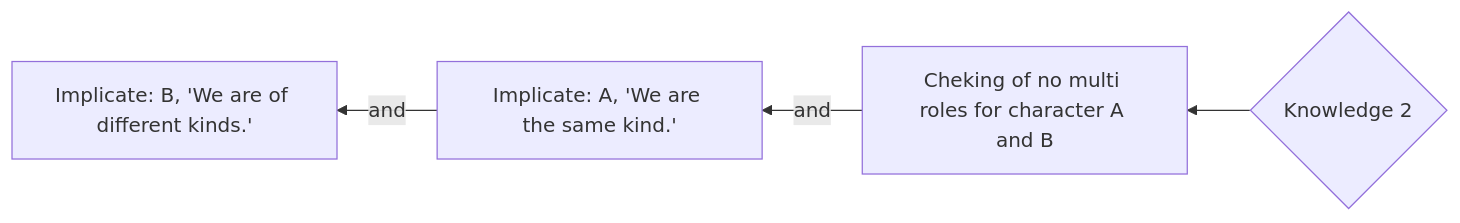
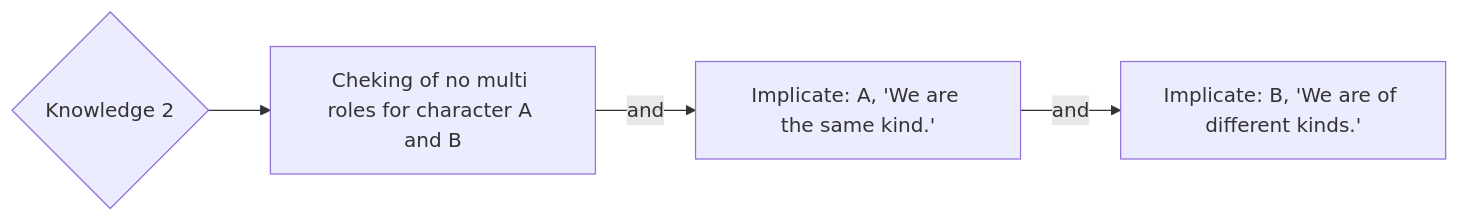
Before and after one commit to zihanshen0112-collab/CS50AI: the fifth of 7 diagrams in week1/README.md, drawn with Mermaid. The commit also changed other lines of this file, not shown here.

Commit message:
solving the issue of graphs not display

````diff
--- a/week1/README.md
+++ b/week1/README.md
@@ -134,6 +134,6 @@
 ```mermaid
-graph RL
+graph LR
 A{Knowledge 2} --> B[Cheking of no multi roles for character A and B]
 B -- and --> C[Implicate: A, 'We are the same kind.']
 C -- and --> D[Implicate: B, 'We are of different kinds.']
 ```
````
